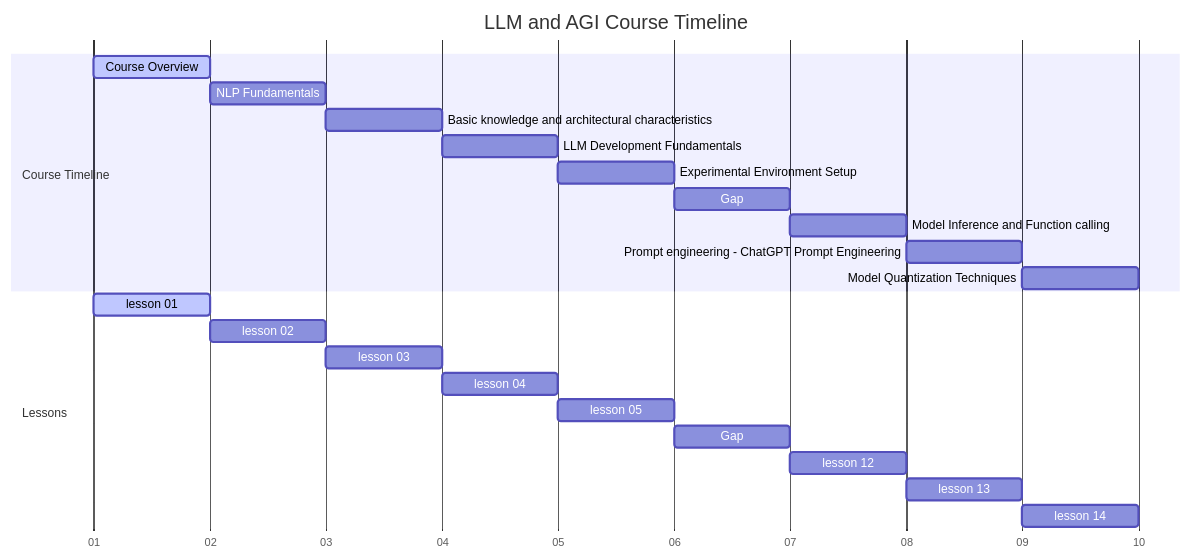
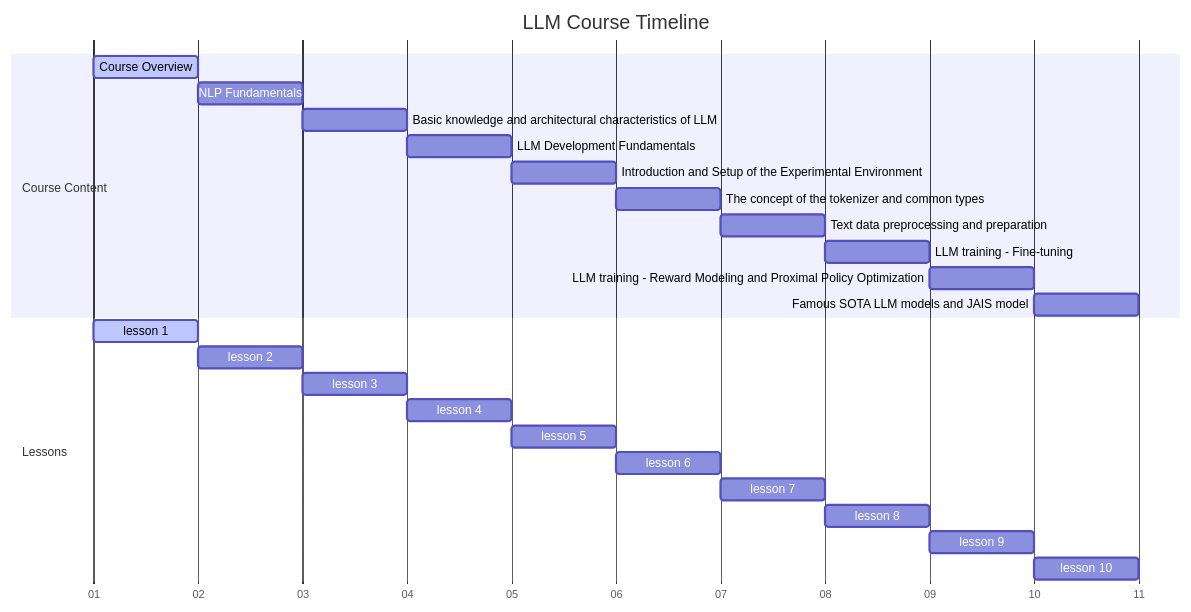
The first of 5 diagrams in notebooks/md/lesson_01_Course_Overview2.md (chenxingqiang/llm-course-chen), drawn with Mermaid before and after one commit. The commit also changed other lines of this file and 658 other files, not shown here.

````diff
--- a/notebooks/md/lesson_01_Course_Overview2.md
+++ b/notebooks/md/lesson_01_Course_Overview2.md
@@ -4,26 +3,28 @@
 ```mermaid
 gantt
-    title LLM and AGI Course Timeline
+    title LLM Course Timeline
     dateFormat X
     axisFormat %d
-    section Course Timeline
-    Course Overview                                     :active,a1, 0, 1d
-    NLP Fundamentals                                    :a2, after a1, 1d
-    Basic knowledge and architectural characteristics   :a3, after a2, 1d
-    LLM Development Fundamentals                        :a4, after a3, 1d
-    Experimental Environment Setup                      :a5, after a4, 1d
-    Gap                                                 :a6, after a5, 1d
-    Model Inference and Function calling                :a12, after a6, 1d
-    Prompt engineering - ChatGPT Prompt Engineering     :a13, after a12, 1d
-    Model Quantization Techniques                       :a14, after a13, 1d
+    section Course Content
+    Course Overview                                    :active,a1, 0, 1d
+    NLP Fundamentals                                   :a2, after a1, 1d
+    Basic knowledge and architectural characteristics of LLM :a3, after a2, 1d
+    LLM Development Fundamentals                       :a4, after a3, 1d
+    Introduction and Setup of the Experimental Environment :a5, after a4, 1d
+    The concept of the tokenizer and common types      :a6, after a5, 1d
+    Text data preprocessing and preparation            :a7, after a6, 1d
+    LLM training - Fine-tuning                         :a8, after a7, 1d
+    LLM training - Reward Modeling and Proximal Policy Optimization :a9, after a8, 1d
+    Famous SOTA LLM models and JAIS model              :a10, after a9, 1d
     section Lessons
-    lesson 01 :active,l1, 0, 1d
-    lesson 02 :l2, after l1, 1d
-    lesson 03 :l3, after l2, 1d
-    lesson 04 :l4, after l3, 1d
-    lesson 05 :l5, after l4, 1d
-    Gap       :l6, after l5, 1d
-    lesson 12 :l12, after l6, 1d
-    lesson 13 :l13, after l12, 1d
-    lesson 14 :l14, after l13, 1d
+    lesson 1  :active,l1, 0, 1d
+    lesson 2  :l2, after l1, 1d
+    lesson 3  :l3, after l2, 1d
+    lesson 4  :l4, after l3, 1d
+    lesson 5  :l5, after l4, 1d
+    lesson 6  :l6, after l5, 1d
+    lesson 7  :l7, after l6, 1d
+    lesson 8  :l8, after l7, 1d
+    lesson 9  :l9, after l8, 1d
+    lesson 10 :l10, after l9, 1d
 ```
````
